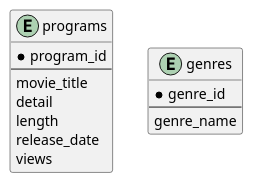
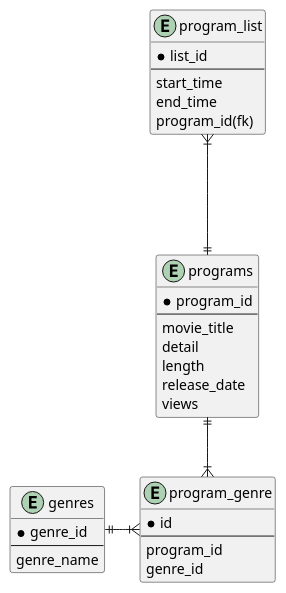
Before and after one commit to gon0821/apprentice-practice: the diagram in week5-6/er_diagram/practice_quest.puml, drawn with PlantUML. The commit also changed 7 other files, not shown here.

```diff
--- a/week5-6/er_diagram/practice_quest.puml
+++ b/week5-6/er_diagram/practice_quest.puml
@@ -1,29 +1,40 @@
 @startuml
 
 entity programs {
   * program_id
   --
   movie_title
   detail
   length
   release_date
   views
 }
 
+entity program_list {
+  * list_id
+  --
+  start_time
+  end_time
+  program_id(fk)
+}
+
 entity genres {
   * genre_id
   --
   genre_name
 }
 
+entity program_genre {
+  * id
+  --
+  program_id
+  genre_id
+}
 
-' genres ||-r--|{ restaurant_geners
-' stations ||--|{ restaurant_stations
-' restaurants ||-d--|{ restaurant_geners
-' restaurants ||-d--|{ restaurant_stations
+genres ||-r--|{ program_genre
+programs ||--|{ program_genre
+programs ||-u--|{ program_list
 
-' users ||--|{ reviews
-' restaurants ||-l--|{ reviews
 
 
 @enduml
```
